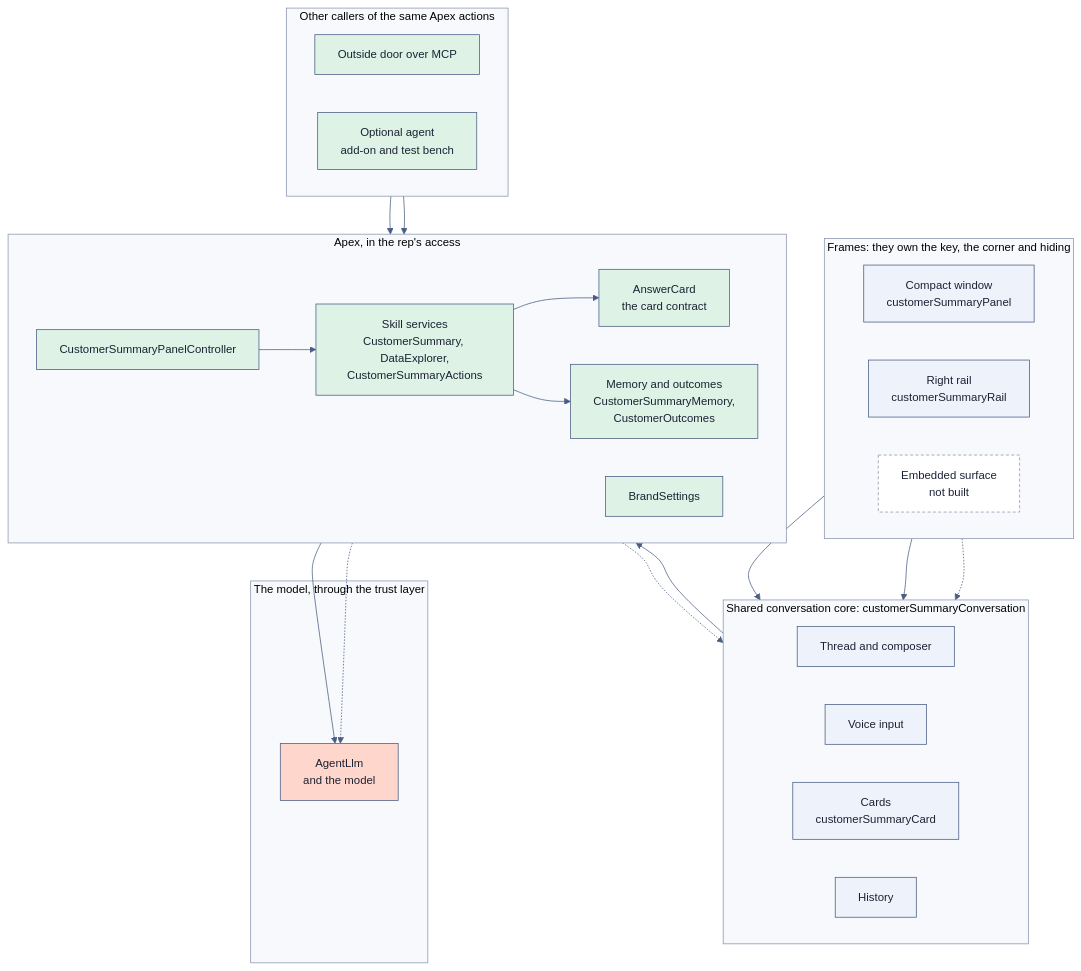
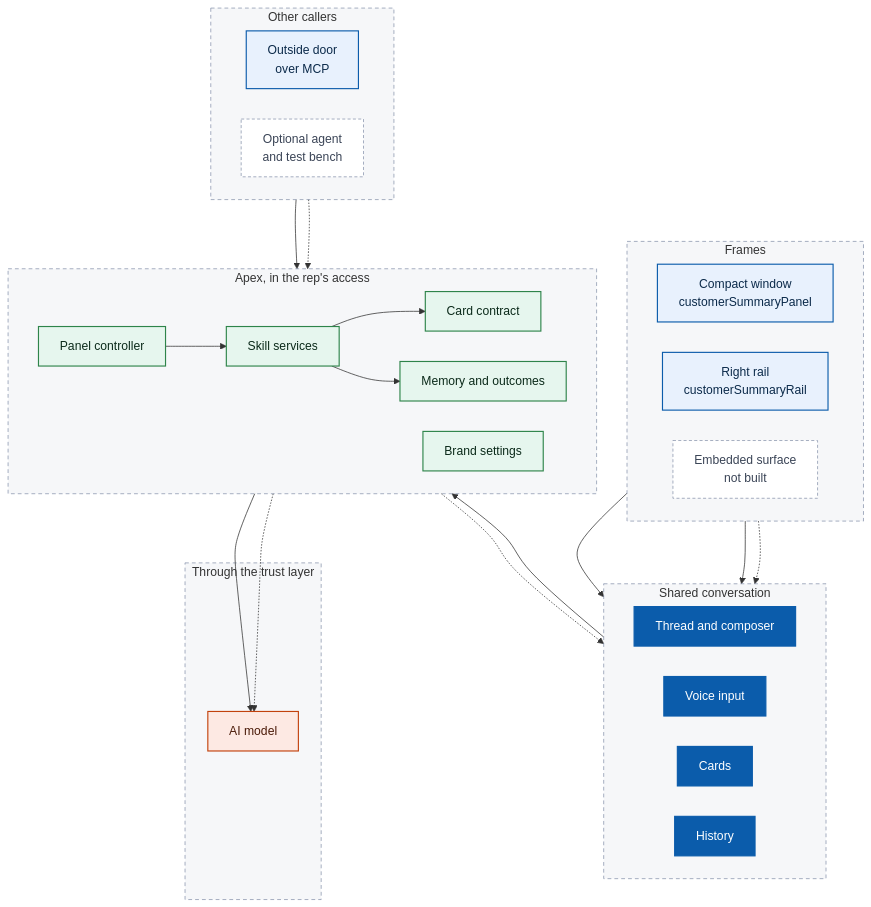
The first of 2 diagrams in docs/ARCHITECTURE.md (nelsben/generic-agent), drawn with Mermaid before and after one commit. The commit also changed other lines of this file and 3 other files, not shown here.

Commit message:
OPS-67: README and ARCHITECTURE diagrams restyled (6 blocks)

````diff
--- a/docs/ARCHITECTURE.md
+++ b/docs/ARCHITECTURE.md
@@ -70,53 +70,66 @@
 ```mermaid
-%%{init: {"theme": "base", "themeVariables": {"fontFamily": "-apple-system, BlinkMacSystemFont, Segoe UI, Helvetica, Arial, sans-serif", "fontSize": "15px", "primaryColor": "#EEF2FA", "primaryBorderColor": "#4A5D85", "primaryTextColor": "#1B2233", "secondaryColor": "#F4F6F9", "tertiaryColor": "#FFFFFF", "lineColor": "#4A5D85", "textColor": "#1B2233", "actorBkg": "#EEF2FA", "actorBorder": "#4A5D85", "actorTextColor": "#1B2233", "actorLineColor": "#8A96AD", "signalColor": "#4A5D85", "signalTextColor": "#1B2233", "labelBoxBkgColor": "#FFFFFF", "labelBoxBorderColor": "#4A5D85", "labelTextColor": "#1B2233", "loopTextColor": "#1B2233", "noteBkgColor": "#FFFFFF", "noteBorderColor": "#8A96AD", "noteTextColor": "#1B2233", "sequenceNumberColor": "#FFFFFF", "activationBkgColor": "#DDE4F2", "activationBorderColor": "#4A5D85", "clusterBkg": "#F7F9FC", "clusterBorder": "#8A96AD", "edgeLabelBackground": "#FFFFFF"}}}%%
+---
+config:
+  layout: dagre
+  flowchart:
+    curve: basis
+    nodeSpacing: 40
+    rankSpacing: 55
+    wrappingWidth: 220
+    padding: 14
+---
 flowchart TB
-    subgraph FR["Frames: they own the key, the corner and hiding"]
+    subgraph FR["Frames"]
         direction LR
         CW["Compact window<br/>customerSummaryPanel"]
         RR["Right rail<br/>customerSummaryRail"]
         EM["Embedded surface<br/>not built"]
     end
-    subgraph CORE["Shared conversation core: customerSummaryConversation"]
+    subgraph CORE["Shared conversation"]
         direction LR
         TH["Thread and composer"]
         VO["Voice input"]
-        CA["Cards<br/>customerSummaryCard"]
+        CA["Cards"]
         HI["History"]
     end
     subgraph APX["Apex, in the rep's access"]
         direction LR
-        PC["CustomerSummaryPanelController"]
-        SK["Skill services<br/>CustomerSummary, DataExplorer,<br/>CustomerSummaryActions"]
-        AC["AnswerCard<br/>the card contract"]
-        ST["Memory and outcomes<br/>CustomerSummaryMemory,<br/>CustomerOutcomes"]
-        BR["BrandSettings"]
+        PC["Panel controller"]
+        SK["Skill services"]
+        AC["Card contract"]
+        ST["Memory and outcomes"]
+        BR["Brand settings"]
     end
-    subgraph MODEL["The model, through the trust layer"]
-        LLM["AgentLlm<br/>and the model"]
+    subgraph MODEL["Through the trust layer"]
+        LLM["AI model"]
     end
-    subgraph OUT["Other callers of the same Apex actions"]
+    subgraph OUT["Other callers"]
         direction LR
-        MCP["Outside door over MCP"]
-        AG["Optional agent<br/>add-on and test bench"]
+        MCP["Outside door<br/>over MCP"]
+        AG["Optional agent<br/>and test bench"]
     end
     CW --> CORE
     RR --> CORE
     EM -.-> CORE
     CORE --> PC
     PC --> SK
     SK --> AC
     SK --> ST
     SK --> LLM
     BR -.-> CORE
     BR -.-> LLM
     MCP --> SK
-    AG --> SK
-    classDef frame fill:#EEF2FA,stroke:#4A5D85,color:#1B2233
-    classDef apex fill:#DEF3E6,stroke:#4A5D85,color:#1B2233
-    classDef model fill:#FFD6CC,stroke:#4A5D85,color:#1B2233
-    classDef later fill:#FFFFFF,stroke:#8A96AD,color:#1B2233,stroke-dasharray: 4 3
-    class CW,RR,TH,VO,CA,HI frame
-    class PC,SK,AC,ST,BR,MCP,AG apex
+    AG -.-> SK
+    classDef surface fill:#E8F1FD,stroke:#0B5CAB,color:#0B2A4A,stroke-width:1.5px
+    classDef core fill:#0B5CAB,stroke:#0B5CAB,color:#FFFFFF,stroke-width:1.5px
+    classDef apex fill:#E6F6EE,stroke:#2E844A,color:#0B2A1A,stroke-width:1.5px
+    classDef model fill:#FDE9E3,stroke:#C2410C,color:#4A1A08,stroke-width:1.5px
+    classDef later fill:#FFFFFF,stroke:#8A96AD,color:#3A4456,stroke-dasharray:4 3
+    classDef zone fill:#8A96AD14,stroke:#8A96AD,stroke-width:1px,stroke-dasharray:5 4
+    class CW,RR,MCP surface
+    class TH,VO,CA,HI core
+    class PC,SK,AC,ST,BR apex
     class LLM model
-    class EM later
+    class EM,AG later
+    class FR,CORE,APX,MODEL,OUT zone
 ```
````
